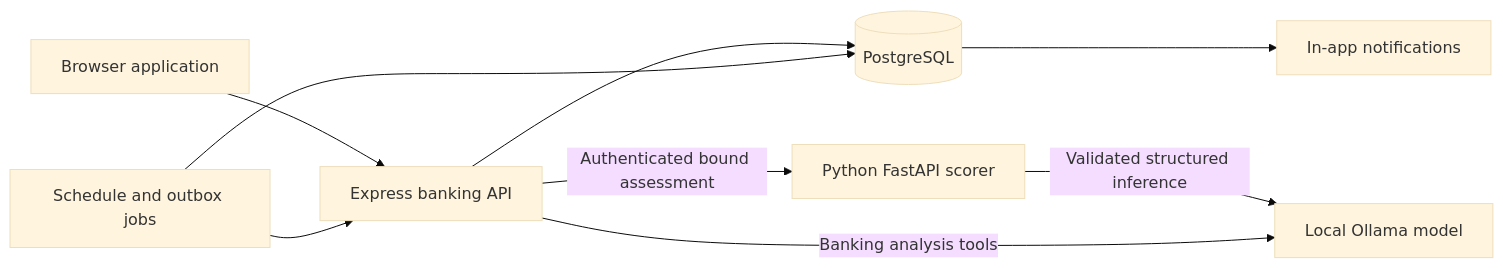
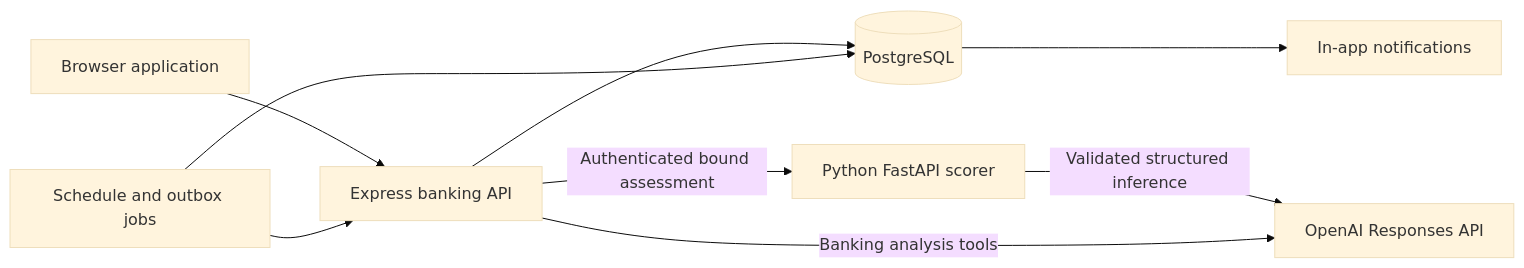
Before and after one commit to DisguisedKairos/FYP: the diagram in docs/architecture.md, drawn with Mermaid (base theme). The commit also changed other lines of this file and 76 other files, not shown here.

Commit message:
Configure Neon and migrate banking AI to OpenAI

````diff
--- a/docs/architecture.md
+++ b/docs/architecture.md
@@ -7,11 +7,11 @@
 ```mermaid
 flowchart LR
   Browser[Browser application] --> Express[Express banking API]
   Express --> PG[(PostgreSQL)]
   Express -->|Authenticated bound assessment| Python[Python FastAPI scorer]
-  Python -->|Validated structured inference| Ollama[Local Ollama model]
-  Express -->|Banking analysis tools| Ollama
+  Python -->|Validated structured inference| OpenAI[OpenAI Responses API]
+  Express -->|Banking analysis tools| OpenAI
   Jobs[Schedule and outbox jobs] --> PG
   Jobs --> Express
   PG --> Alerts[In-app notifications]
 ```
````
